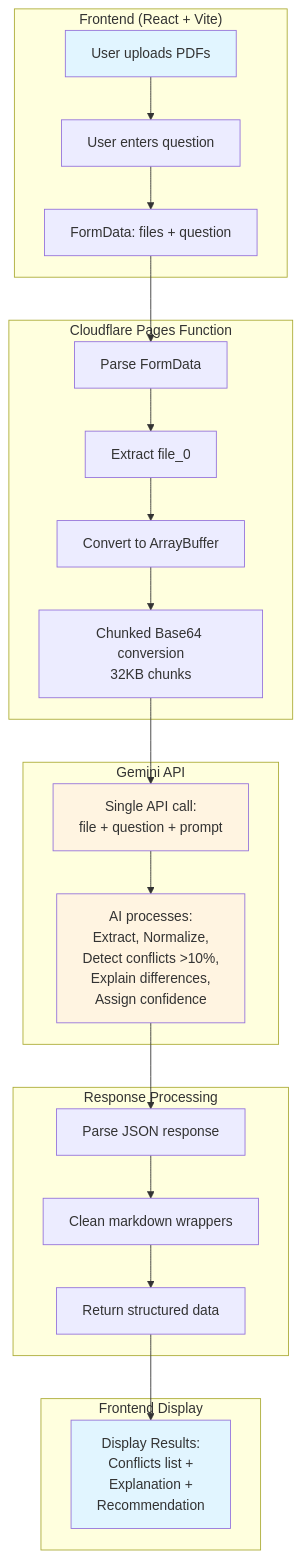
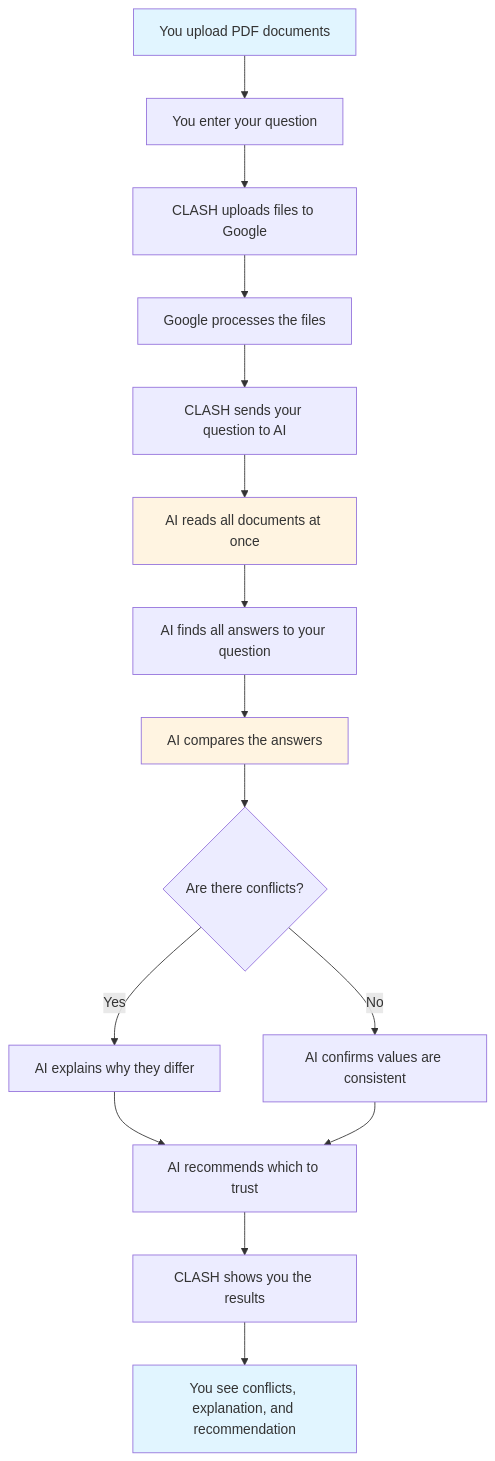
The diagram in README.md (sivaratrisrinivas/clash), drawn with Mermaid before and after one commit. The commit also changed other lines of this file, not shown here.

````diff
--- a/README.md
+++ b/README.md
@@ -44,34 +59,22 @@
 ```mermaid
-flowchart TB
-    subgraph "Frontend (React + Vite)"
-        A[User uploads PDFs] --> B[User enters question]
-        B --> C[FormData: files + question]
-    end
-    
-    subgraph "Cloudflare Pages Function"
-        C --> D[Parse FormData]
-        D --> E[Extract file_0]
-        E --> F[Convert to ArrayBuffer]
-        F --> G[Chunked Base64 conversion<br/>32KB chunks]
-    end
-    
-    subgraph "Gemini API"
-        G --> H[Single API call:<br/>file + question + prompt]
-        H --> I[AI processes:<br/>Extract, Normalize,<br/>Detect conflicts >10%,<br/>Explain differences,<br/>Assign confidence]
-    end
-    
-    subgraph "Response Processing"
-        I --> J[Parse JSON response]
-        J --> K[Clean markdown wrappers]
-        K --> L[Return structured data]
-    end
-    
-    subgraph "Frontend Display"
-        L --> M[Display Results:<br/>Conflicts list +<br/>Explanation +<br/>Recommendation]
-    end
+flowchart TD
+    A[You upload PDF documents] --> B[You enter your question]
+    B --> C[CLASH uploads files to Google]
+    C --> D[Google processes the files]
+    D --> E[CLASH sends your question to AI]
+    E --> F[AI reads all documents at once]
+    F --> G[AI finds all answers to your question]
+    G --> H[AI compares the answers]
+    H --> I{Are there conflicts?}
+    I -->|Yes| J[AI explains why they differ]
+    I -->|No| K[AI confirms values are consistent]
+    J --> L[AI recommends which to trust]
+    K --> L
+    L --> M[CLASH shows you the results]
+    M --> N[You see conflicts, explanation, and recommendation]
     
     style A fill:#e1f5ff
+    style F fill:#fff4e1
     style H fill:#fff4e1
-    style I fill:#fff4e1
-    style M fill:#e1f5ff
+    style N fill:#e1f5ff
 ```
````
